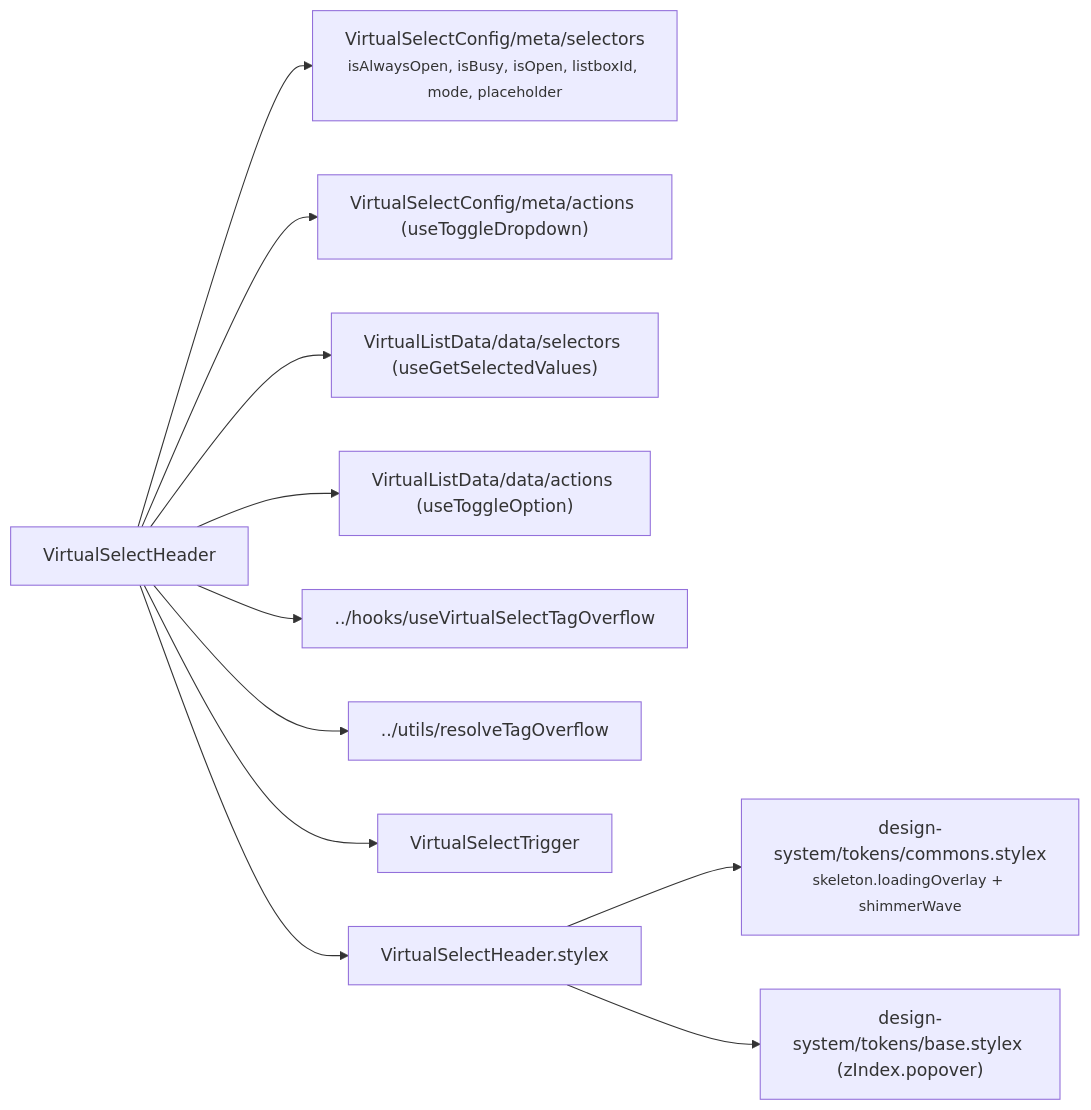
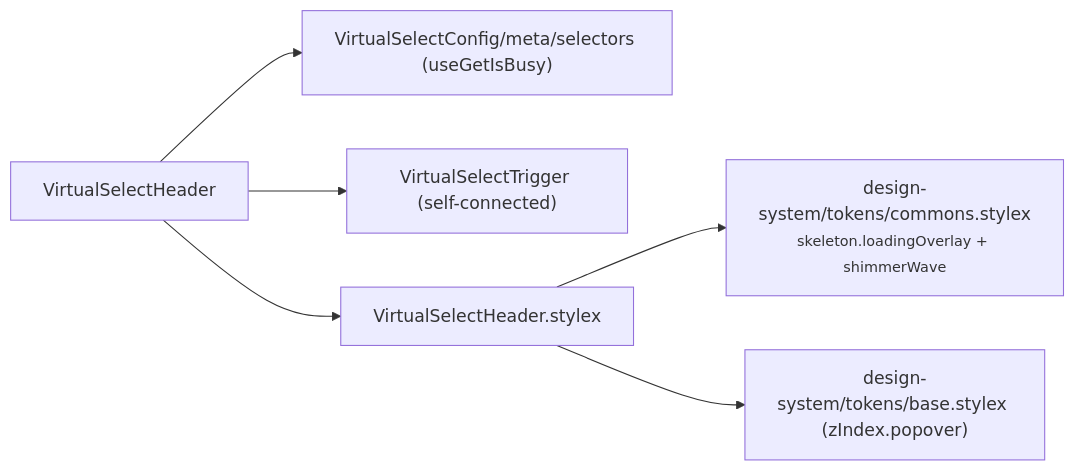
The diagram in packages/ui/src/components/VirtualSelect/VirtualSelectHeader/ARCHITECTURE.md (luciocabrera/lcabrera-stack), drawn with Mermaid before and after one commit. The commit also changed other lines of this file and 48 other files, not shown here.

First line of the commit message:
refactor(VirtualSelect): streamline dropdown and header components

````diff
--- a/packages/ui/src/components/VirtualSelect/VirtualSelectHeader/ARCHITECTURE.md
+++ b/packages/ui/src/components/VirtualSelect/VirtualSelectHeader/ARCHITECTURE.md
@@ -16,13 +16,8 @@
 ```mermaid
 graph LR
-  VSH["VirtualSelectHeader"] --> MSEL["VirtualSelectConfig/meta/selectors\n<small>isAlwaysOpen, isBusy, isOpen, listboxId, mode, placeholder</small>"]
-  VSH --> MACT["VirtualSelectConfig/meta/actions (useToggleDropdown)"]
-  VSH --> DSEL["VirtualListData/data/selectors (useGetSelectedValues)"]
-  VSH --> DACT["VirtualListData/data/actions (useToggleOption)"]
-  VSH --> OVF["../hooks/useVirtualSelectTagOverflow"]
-  VSH --> RTO["../utils/resolveTagOverflow"]
-  VSH --> VST["VirtualSelectTrigger"]
+  VSH["VirtualSelectHeader"] --> MSEL["VirtualSelectConfig/meta/selectors (useGetIsBusy)"]
+  VSH --> VST["VirtualSelectTrigger (self-connected)"]
   VSH --> VSH_stylex["VirtualSelectHeader.stylex"]
   VSH_stylex --> skeleton["design-system/tokens/commons.stylex\n<small>skeleton.loadingOverlay + shimmerWave</small>"]
   VSH_stylex --> base["design-system/tokens/base.stylex (zIndex.popover)"]
 ```
````
